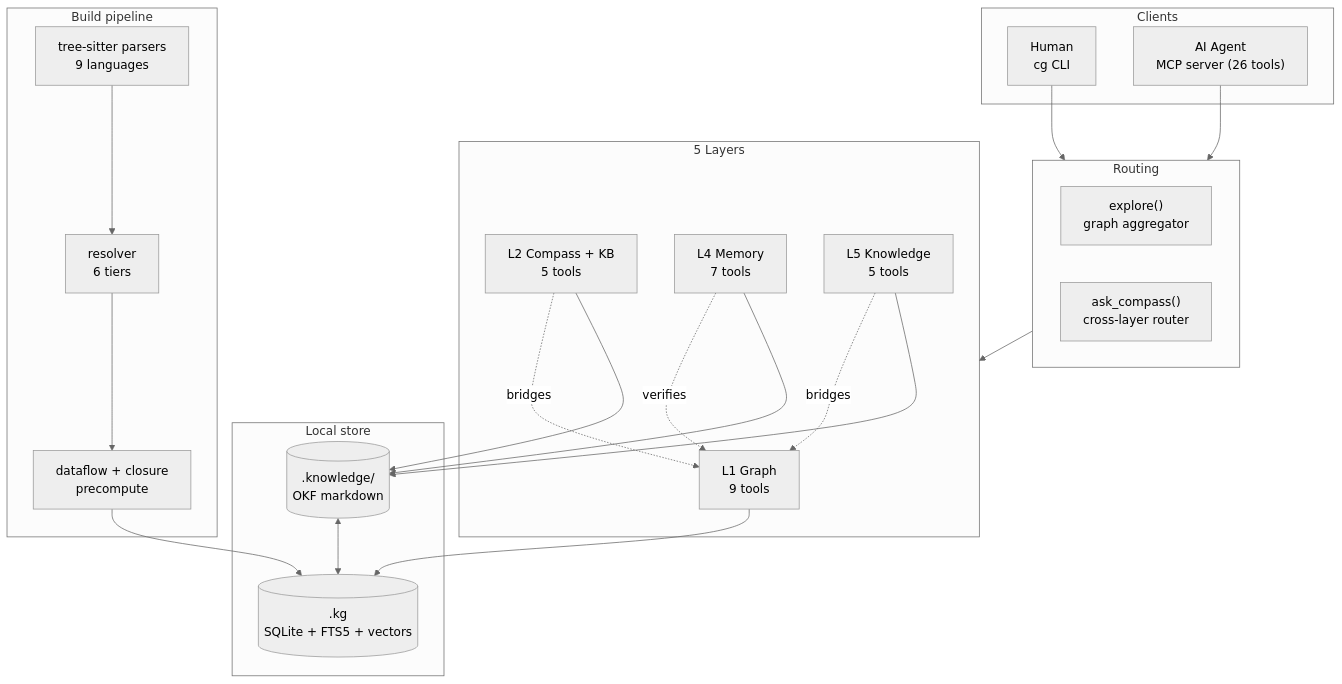
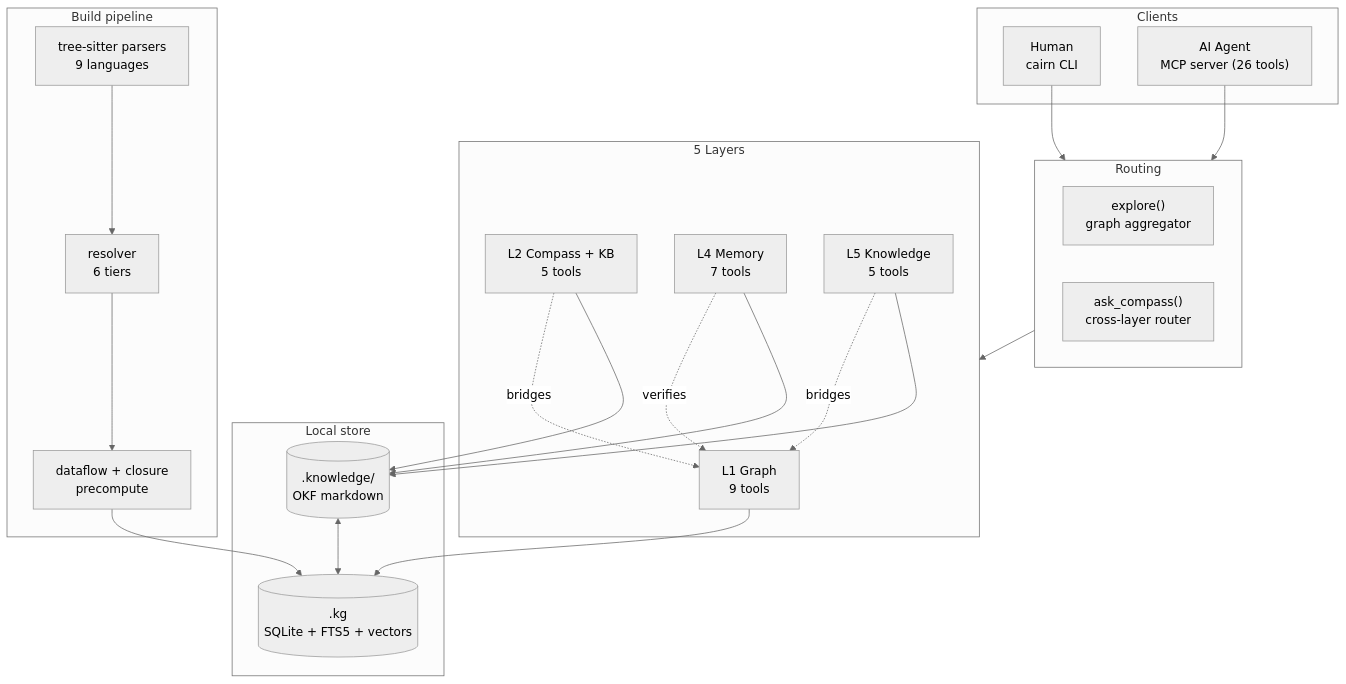
The first of 11 diagrams in docs/architecture-overview.md (tanlnm512/cairn), drawn with Mermaid (neutral theme) before and after one commit. The commit also changed other lines of this file and 76 other files, not shown here.

First line of the commit message:
refactor: finish cg → cairn CLI rebrand across the codebase

````diff
--- a/docs/architecture-overview.md
+++ b/docs/architecture-overview.md
@@ -29,43 +29,43 @@
 ```mermaid
 flowchart TB
     subgraph Clients["Clients"]
-        H["Human<br/>cg CLI"]
+        H["Human<br/>cairn CLI"]
         A["AI Agent<br/>MCP server (26 tools)"]
     end
 
     subgraph Router["Routing"]
         EX["explore()<br/>graph aggregator"]
         AC["ask_compass()<br/>cross-layer router"]
     end
 
     subgraph Layers["5 Layers"]
         L1["L1 Graph<br/>9 tools"]
         L2["L2 Compass + KB<br/>5 tools"]
         L4["L4 Memory<br/>7 tools"]
         L5["L5 Knowledge<br/>5 tools"]
     end
 
     subgraph Store["Local store"]
         DB[(".kg<br/>SQLite + FTS5 + vectors")]
         KB[(".knowledge/<br/>OKF markdown")]
     end
 
     subgraph Build["Build pipeline"]
         P["tree-sitter parsers<br/>9 languages"]
         R["resolver<br/>6 tiers"]
         D["dataflow + closure<br/>precompute"]
     end
 
     H --> Router
     A --> Router
     Router --> Layers
     L1 --> DB
     L2 --> KB
     L2 -.bridges.-> L1
     L4 --> KB
     L4 -.verifies.-> L1
     L5 --> KB
     L5 -.bridges.-> L1
     P --> R --> D --> DB
     KB <--> DB
 ```
````
